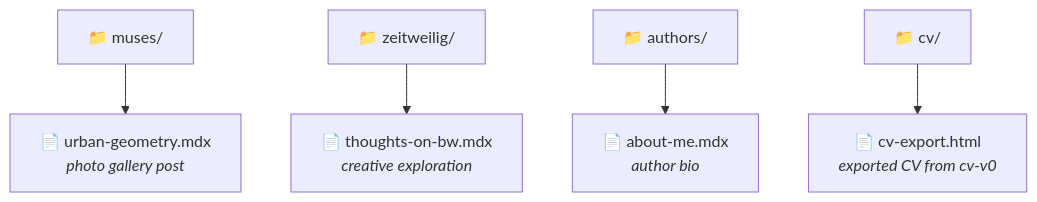
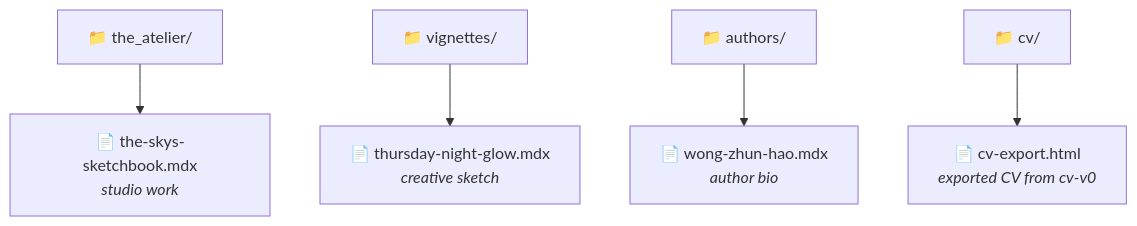
Before and after one commit to ZhunHao/my-website: the sixth of 9 diagrams in README.md, drawn with Mermaid. The commit also changed other lines of this file, not shown here.

````diff
--- a/README.md
+++ b/README.md
@@ -272,10 +271,10 @@
 ```mermaid
 graph TD
-    D["📁 muses/"] --> L["📄 urban-geometry.mdx<br><i>photo gallery post</i>"]
+    D["📁 the_atelier/"] --> L["📄 the-skys-sketchbook.mdx<br><i>studio work</i>"]
 
-    E["📁 zeitweilig/"] --> M["📄 thoughts-on-bw.mdx<br><i>creative exploration</i>"]
+    E["📁 vignettes/"] --> M["📄 thursday-night-glow.mdx<br><i>creative sketch</i>"]
 
-    F["📁 authors/"] --> N["📄 about-me.mdx<br><i>author bio</i>"]
+    F["📁 authors/"] --> N["📄 wong-zhun-hao.mdx<br><i>author bio</i>"]
 
     G["📁 cv/"] --> O["📄 cv-export.html<br><i>exported CV from cv-v0</i>"]
 ```
````
